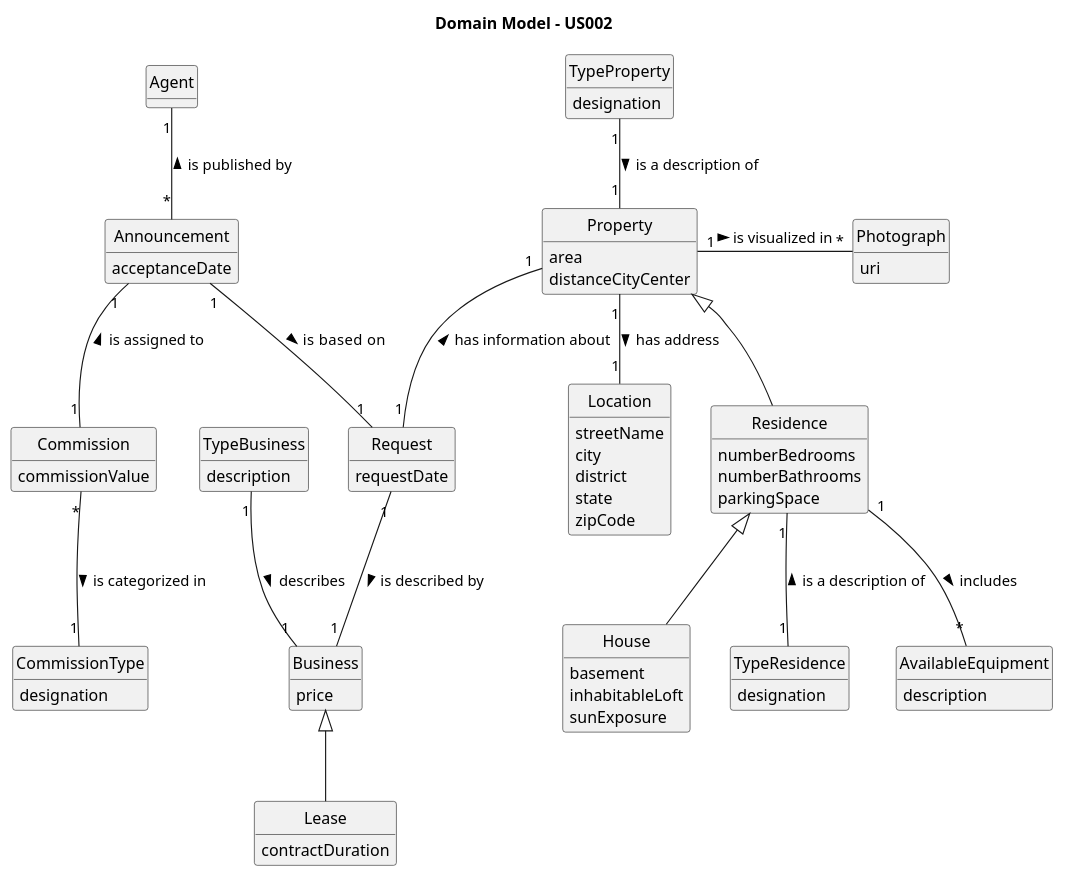
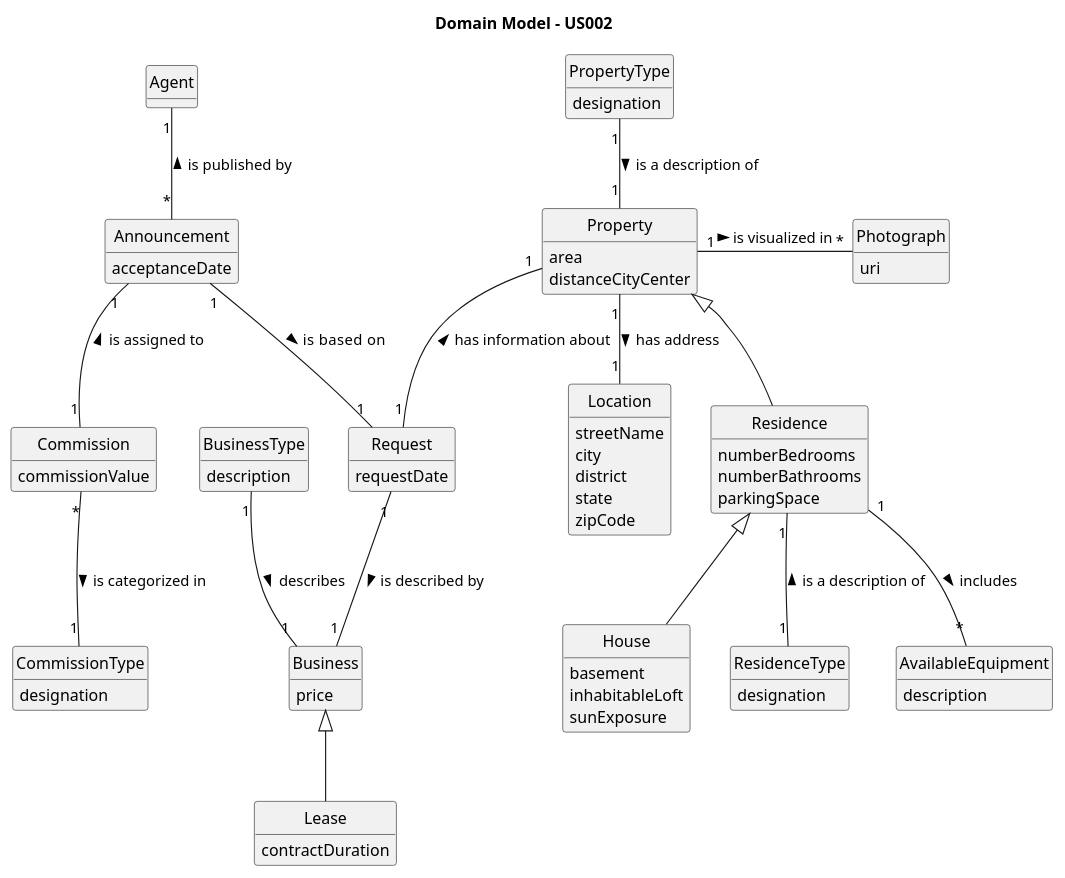
One commit to rita-barbosa/LAPR2-2223 changed the diagram in docs/sprintB/us002/02.analysis/puml/us002-domain-model.puml. Above: the diagram before and after it, drawn with PlantUML. The commit also changed 19 other files, not shown here.

```diff
--- a/docs/sprintB/us002/02.analysis/puml/us002-domain-model.puml
+++ b/docs/sprintB/us002/02.analysis/puml/us002-domain-model.puml
@@ -1,93 +1,93 @@
 @startuml
 skinparam monochrome true
 skinparam packageStyle rectangle
 skinparam shadowing false
 
 'left to right direction
 
 skinparam classAttributeIconSize 0
 
 hide circle
 hide methods
 
 title Domain Model - US002
 
 
 class Announcement {
 acceptanceDate
 }
 class Commission {
 commissionValue
 }
 class CommissionType{
 designation
 }
 class Property{
  area
  distanceCityCenter
 }
 
 class Residence{
  numberBedrooms
  numberBathrooms
  parkingSpace
 }
 class House{
  basement
  inhabitableLoft
  sunExposure
 }
-class TypeProperty{
+class PropertyType{
 designation
 }
-class TypeResidence{
+class ResidenceType{
 designation
 }
 class Photograph{
 uri
 }
 class Location{
 streetName
 city
 district
 state
 zipCode
 }
 class Business{
 price
 }
 class Lease{
 contractDuration
 }
 class Agent {
 }
 class AvailableEquipment{
 description
 }
 class Request{
 requestDate
 }
-class TypeBusiness{
+class BusinessType{
 description
 }
 
 
 Agent "1" -- "*" Announcement: is published by <
-TypeProperty "1" -- "1" Property: is a description of >
+PropertyType "1" -- "1" Property: is a description of >
 Residence -up-|> Property
-TypeResidence "1" -up- "1" Residence: is a description of >
+ResidenceType "1" -up- "1" Residence: is a description of >
 House -up-|> Residence
 Property "1" - "*" Photograph: is visualized in >
 Property "1"--"1" Location: has address >
 Business <|-- Lease
 Residence "1" -- "*"AvailableEquipment: includes >
 Announcement "1" -- "1" Commission : is assigned to <
 Commission "*" -- "1" CommissionType : is categorized in >
 Property "1" -- "1" Request : < has information about
 Request "1" -- "1" Business: is described by >
-TypeBusiness "1" -- "1" Business : describes >
+BusinessType "1" -- "1" Business : describes >
 Announcement "1" -- "1" Request : is  based on >
 
 
 
 @enduml
```
